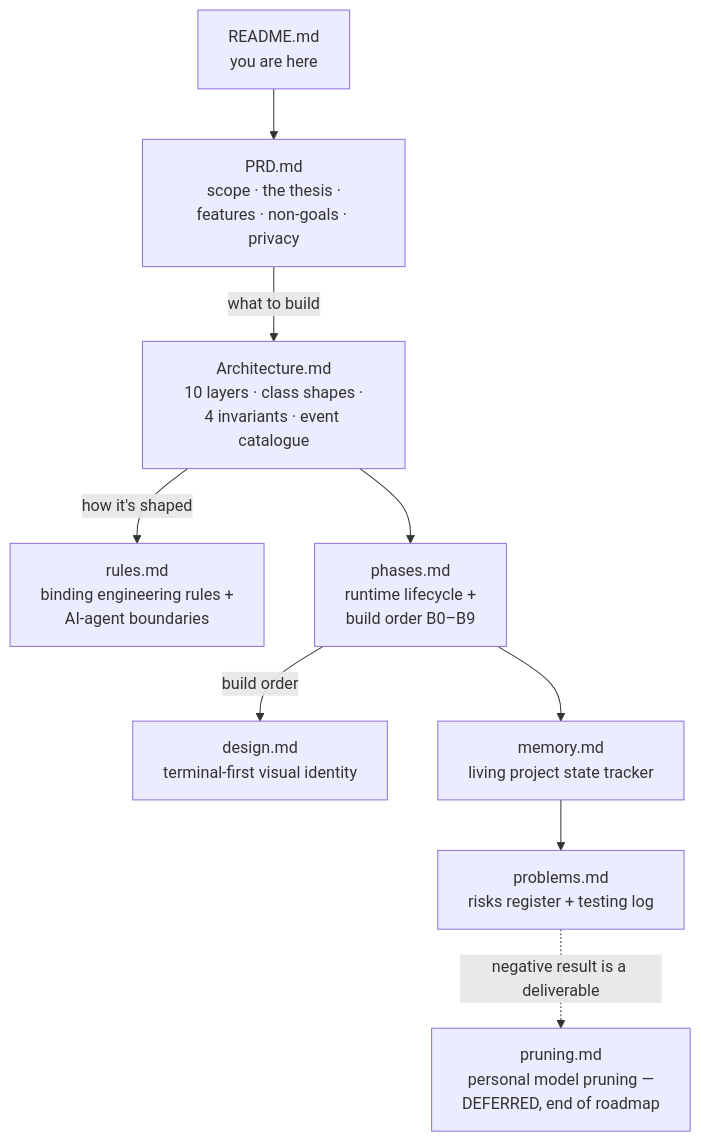
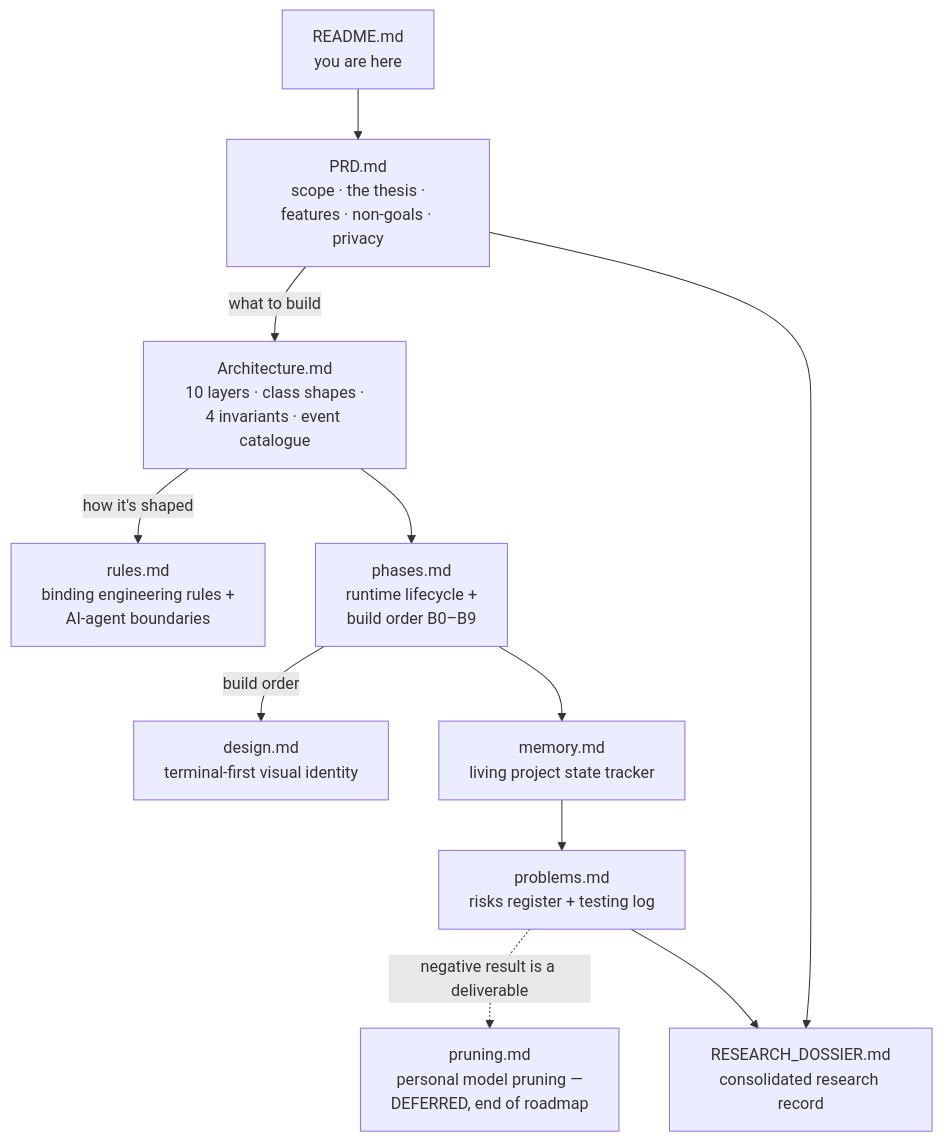
One commit to bhanot-99/NeuroPACA changed the second of 2 diagrams in README.md. Above: the diagram before and after it, drawn with Mermaid. The commit also changed other lines of this file, not shown here.

````diff
--- a/README.md
+++ b/README.md
@@ -123,21 +298,24 @@
 ```mermaid
 flowchart TD
     README["README.md<br/>you are here"]
     PRD["PRD.md<br/>scope · the thesis ·<br/>features · non-goals · privacy"]
     ARCH["Architecture.md<br/>10 layers · class shapes ·<br/>4 invariants · event catalogue"]
     RULES["rules.md<br/>binding engineering rules +<br/>AI-agent boundaries"]
     PHASES["phases.md<br/>runtime lifecycle +<br/>build order B0–B9"]
     DESIGN["design.md<br/>terminal-first visual identity"]
     MEMORY["memory.md<br/>living project state tracker"]
     PROBLEMS["problems.md<br/>risks register + testing log"]
     PRUNING["pruning.md<br/>personal model pruning —<br/>DEFERRED, end of roadmap"]
+    DOSSIER["RESEARCH_DOSSIER.md<br/>consolidated research record"]
 
     README --> PRD
     PRD -->|what to build| ARCH
     ARCH -->|how it's shaped| RULES
     ARCH --> PHASES
     PHASES -->|build order| DESIGN
     PHASES --> MEMORY
     MEMORY --> PROBLEMS
     PROBLEMS -.->|negative result is a deliverable| PRUNING
+    PRD --> DOSSIER
+    PROBLEMS --> DOSSIER
 ```
````
